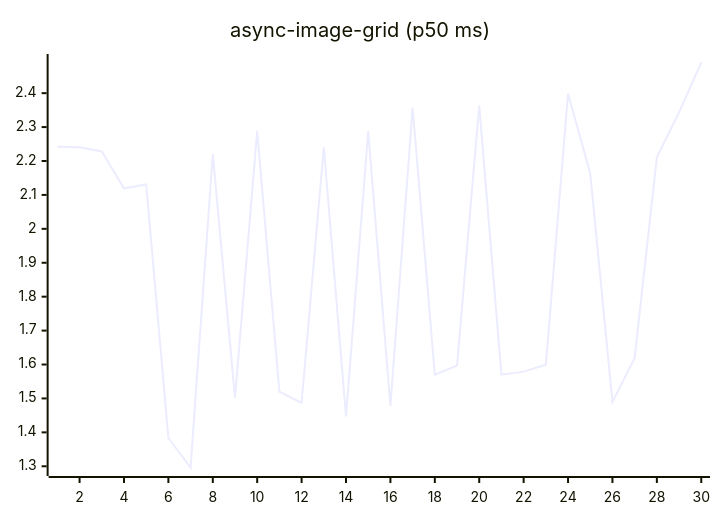
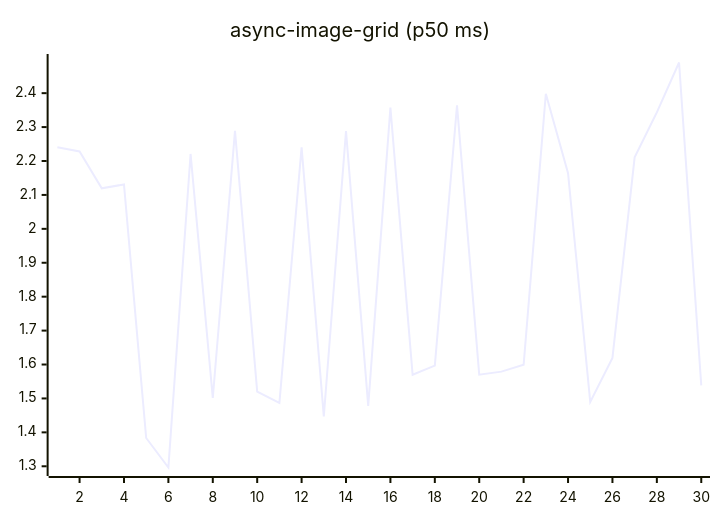
The fifth of 27 diagrams in README.md (josha/Facet), drawn with Mermaid before and after one commit. The commit also changed other lines of this file and 2 other files, not shown here.

````diff
--- a/README.md
+++ b/README.md
@@ -91,6 +91,6 @@
 ```mermaid
 xychart-beta
     title "async-image-grid (p50 ms)"
     x-axis 1 --> 30
-    line [2.2419, 2.2404, 2.2280, 2.1194, 2.1310, 1.3834, 1.2964, 2.2208, 1.5015, 2.2886, 1.5200, 1.4868, 2.2404, 1.4470, 2.2880, 1.4779, 2.3575, 1.5699, 1.5969, 2.3640, 1.5700, 1.5790, 1.5994, 2.3982, 2.1641, 1.4893, 1.6193, 2.2110, 2.3435, 2.4904]
+    line [2.2404, 2.2280, 2.1194, 2.1310, 1.3834, 1.2964, 2.2208, 1.5015, 2.2886, 1.5200, 1.4868, 2.2404, 1.4470, 2.2880, 1.4779, 2.3575, 1.5699, 1.5969, 2.3640, 1.5700, 1.5790, 1.5994, 2.3982, 2.1641, 1.4893, 1.6193, 2.2110, 2.3435, 2.4904, 1.5386]
 ```
````
